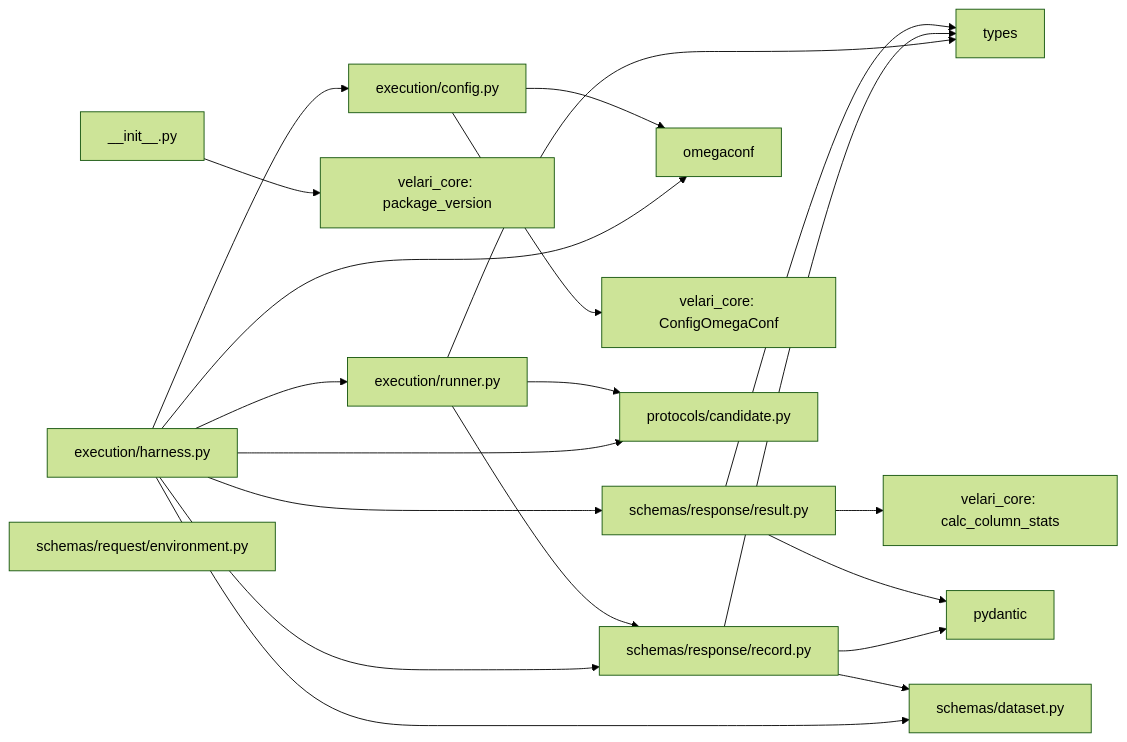
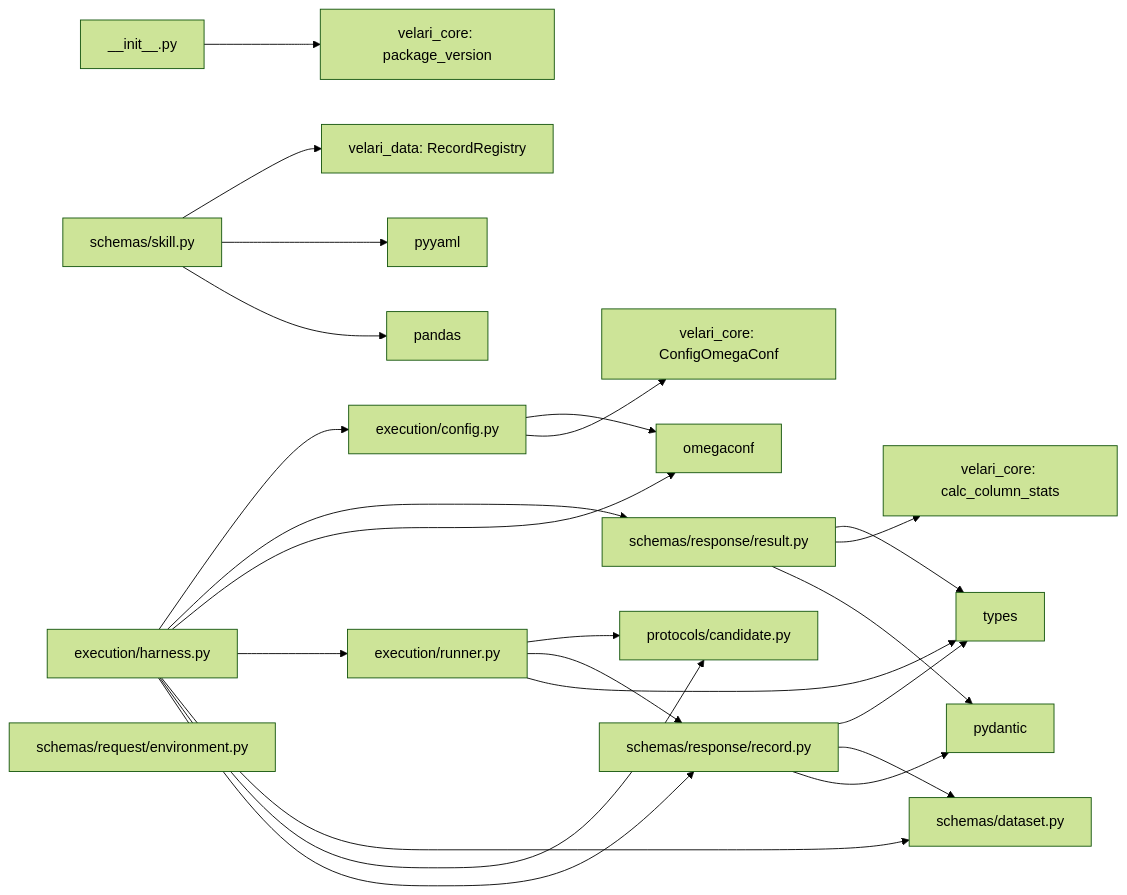
One commit to akamlani/velari-suite changed the first of 2 diagrams in docs/packages/velari-harness/architecture/architecture.md. Above: the diagram before and after it, drawn with Mermaid (forest theme). The commit also changed other lines of this file and 18 other files, not shown here.

First line of the commit message:
Add the skills layer: Skill, SkillRegistry and a skill-trigger example

````diff
--- a/docs/packages/velari-harness/architecture/architecture.md
+++ b/docs/packages/velari-harness/architecture/architecture.md
@@ -30,25 +32,28 @@
 ```mermaid
 graph LR
     harness["execution/harness.py"] --> config["execution/config.py"]
     harness --> result["schemas/response/result.py"]
     result --> types
     result --> corestats["velari_core: calc_column_stats"]
     result --> pydantic["pydantic"]
     config --> omegaconf["omegaconf"]
     config --> core["velari_core: ConfigOmegaConf"]
     harness --> omegaconf
     init["__init__.py"] --> core2["velari_core: package_version"]
     candidate["protocols/candidate.py"]
     dataset["schemas/dataset.py"]
+    skill["schemas/skill.py"] --> velarireg["velari_data: RecordRegistry"]
+    skill --> pyyaml["pyyaml"]
+    skill --> pandas["pandas"]
     environment["schemas/request/environment.py"]
     record["schemas/response/record.py"] --> types
     record --> dataset
     record --> pydantic
     runner["execution/runner.py"] --> candidate
     runner --> record
     runner --> types
     harness --> runner
     harness --> dataset
     harness --> candidate
     harness --> record
 ```
````
